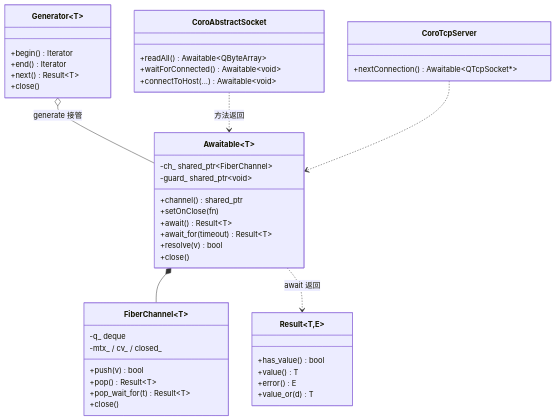
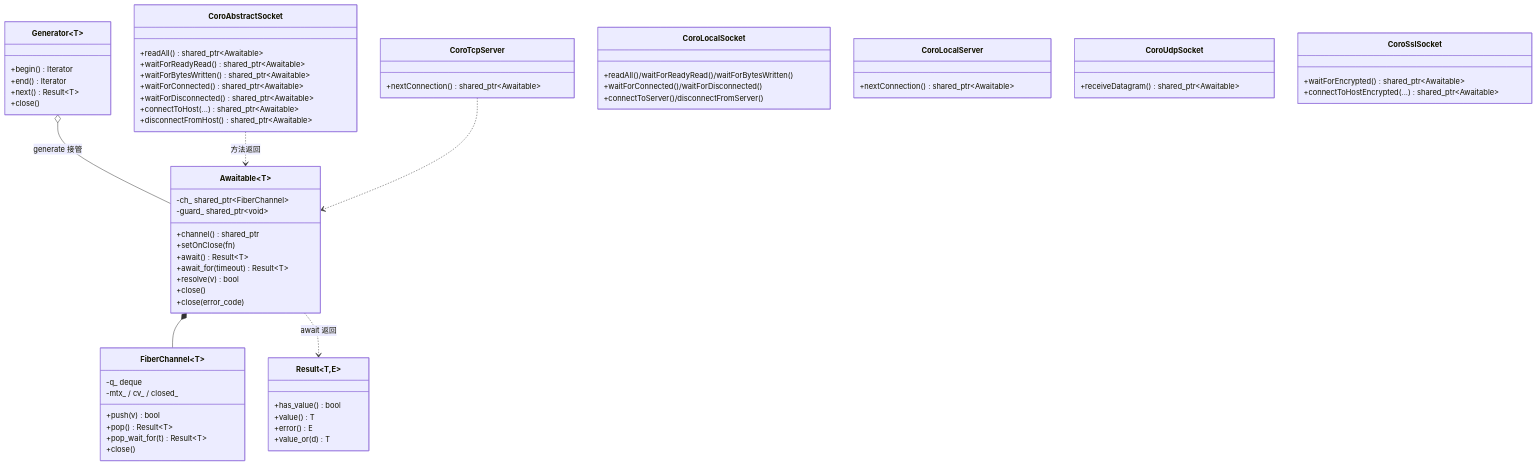
The fifth of 16 diagrams in doc/软件设计说明.md (Ste7an-cs/AsyncTask), drawn with Mermaid before and after one commit. The commit also changed other lines of this file and 4 other files, not shown here.

Commit message:
docs: document complete socket awaitable APIs

````diff
--- a/doc/软件设计说明.md
+++ b/doc/软件设计说明.md
@@ -260,47 +260,67 @@
 ```mermaid
 classDiagram
     class Awaitable~T~ {
         -ch_ shared_ptr~FiberChannel~
         -guard_ shared_ptr~void~
         +channel() shared_ptr
         +setOnClose(fn)
         +await() Result~T~
         +await_for(timeout) Result~T~
         +resolve(v) bool
         +close()
+        +close(error_code)
     }
     class Generator~T~ {
         +begin() Iterator
         +end() Iterator
         +next() Result~T~
         +close()
     }
     class FiberChannel~T~ {
         +push(v) bool
         +pop() Result~T~
         +pop_wait_for(t) Result~T~
         +close()
         -q_ deque
         -mtx_ / cv_ / closed_
     }
     class Result~T,E~ {
         +has_value() bool
         +value() T
         +error() E
         +value_or(d) T
     }
     class CoroAbstractSocket {
-        +readAll() Awaitable~QByteArray~
-        +waitForConnected() Awaitable~void~
-        +connectToHost(...) Awaitable~void~
+        +readAll() shared_ptr~Awaitable<QByteArray>~
+        +waitForReadyRead() shared_ptr~Awaitable<void>~
+        +waitForBytesWritten() shared_ptr~Awaitable<void>~
+        +waitForConnected() shared_ptr~Awaitable<void>~
+        +waitForDisconnected() shared_ptr~Awaitable<void>~
+        +connectToHost(...) shared_ptr~Awaitable<void>~
+        +disconnectFromHost() shared_ptr~Awaitable<void>~
     }
     class CoroTcpServer {
-        +nextConnection() Awaitable~QTcpSocket*~
+        +nextConnection() shared_ptr~Awaitable<QTcpSocket*>~
+    }
+    class CoroLocalSocket {
+        +readAll()/waitForReadyRead()/waitForBytesWritten()
+        +waitForConnected()/waitForDisconnected()
+        +connectToServer()/disconnectFromServer()
+    }
+    class CoroLocalServer {
+        +nextConnection() shared_ptr~Awaitable<QLocalSocket*>~
+    }
+    class CoroUdpSocket {
+        +receiveDatagram() shared_ptr~Awaitable<QNetworkDatagram>~
+    }
+    class CoroSslSocket {
+        +waitForEncrypted() shared_ptr~Awaitable<void>~
+        +connectToHostEncrypted(...) shared_ptr~Awaitable<void>~
     }
 
     Awaitable *-- FiberChannel
     Awaitable ..> Result : await 返回
     Generator o-- Awaitable : generate 接管
     CoroAbstractSocket ..> Awaitable : 方法返回
     CoroTcpServer ..> Awaitable
 ```
````
